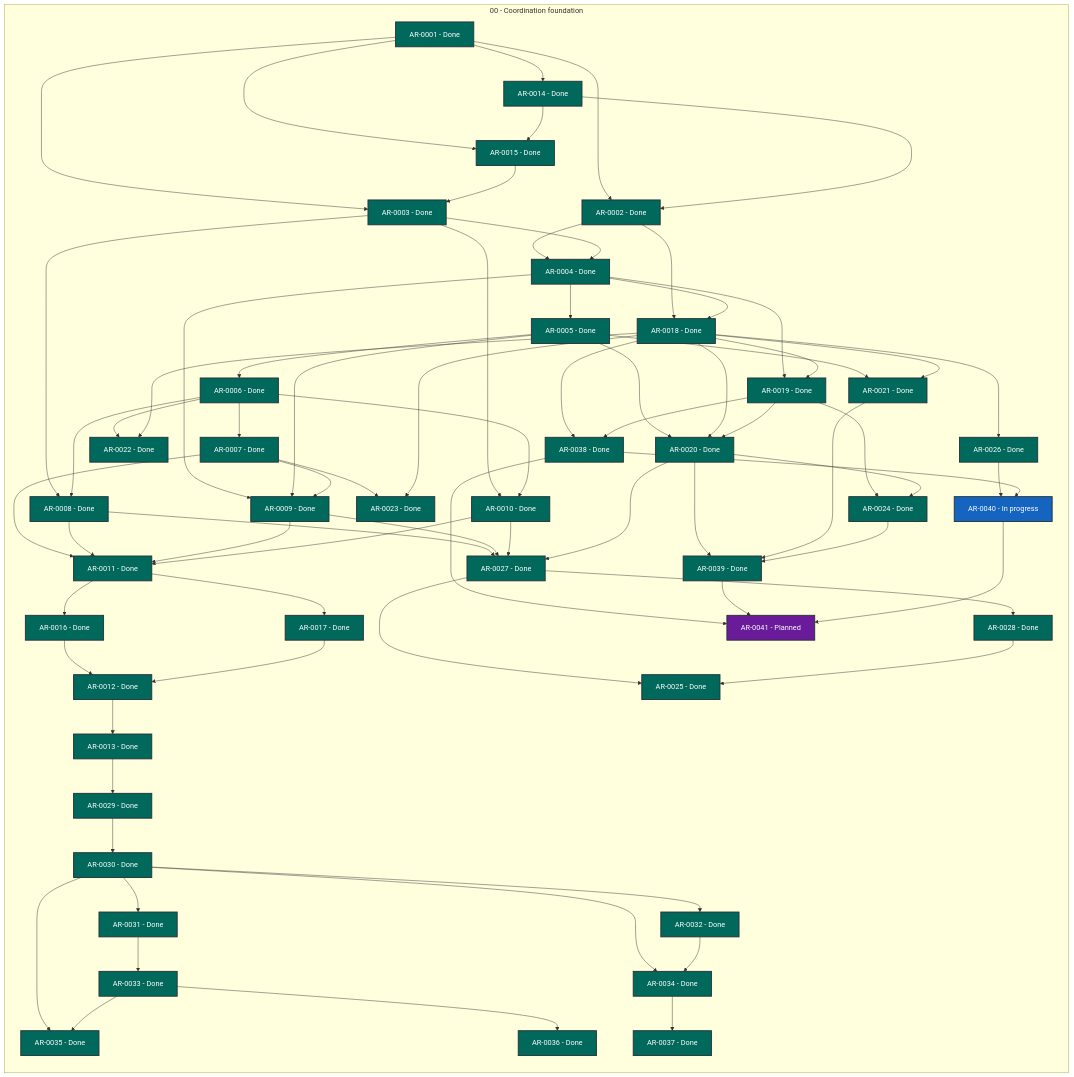
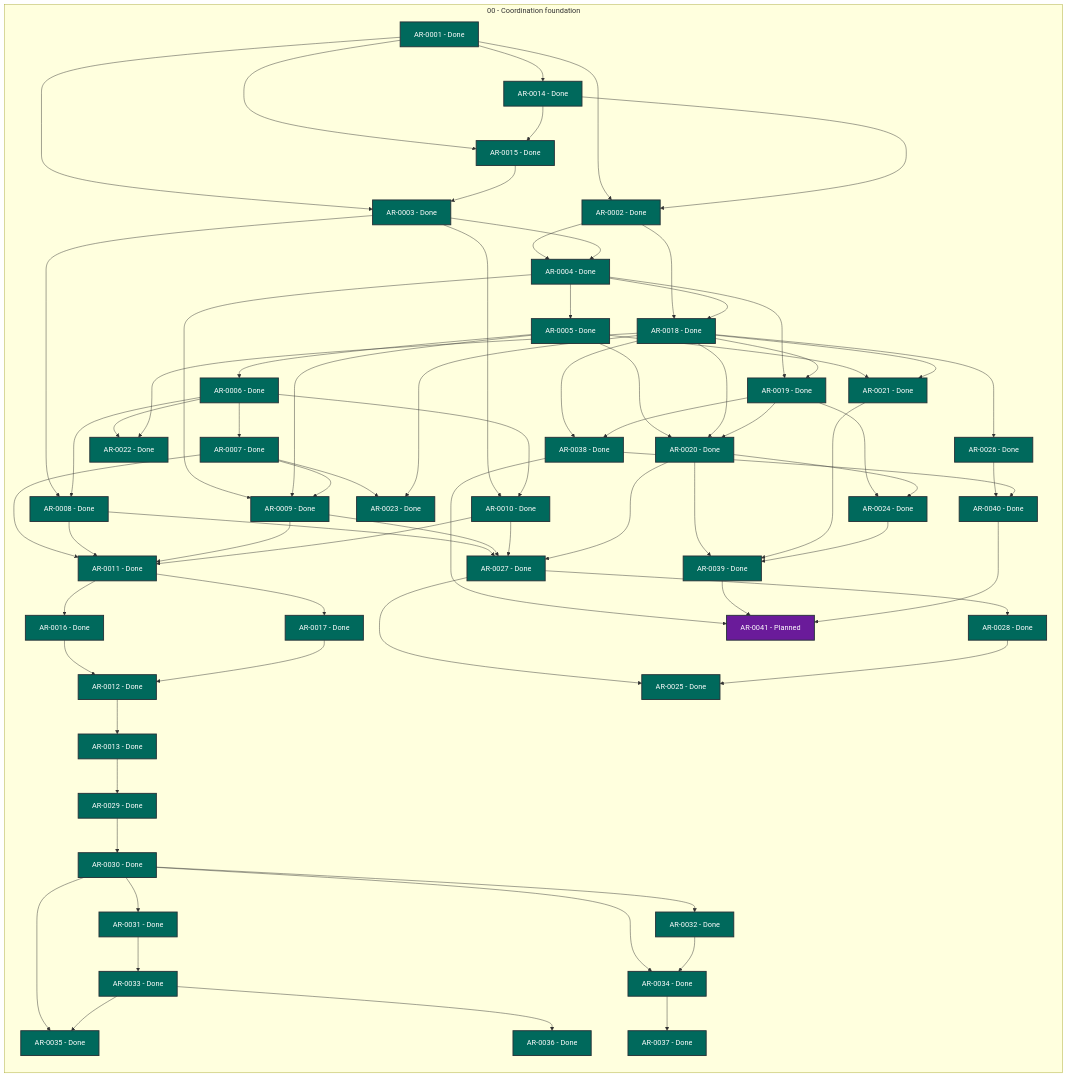
One commit to martin-beck/agent-workflow-tui-state changed the diagram in STATUS.md. Above: the diagram before and after it, drawn with Mermaid. The commit also changed other lines of this file and 2 other files, not shown here.

```diff
--- a/STATUS.md
+++ b/STATUS.md
@@ -67,7 +67,7 @@
         AR_0037["AR-0037 - Done"]:::status_done
         AR_0038["AR-0038 - Done"]:::status_done
         AR_0039["AR-0039 - Done"]:::status_done
-        AR_0040["AR-0040 - In progress"]:::status_in_progress
+        AR_0040["AR-0040 - Done"]:::status_done
         AR_0041["AR-0041 - Planned"]:::status_planned
     end
     AR_0001 --> AR_0002
```
